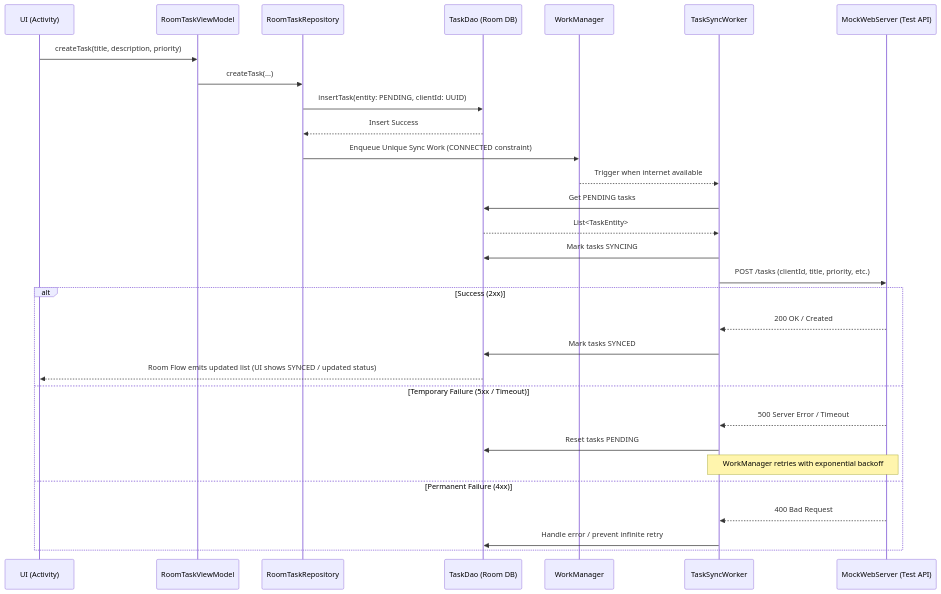
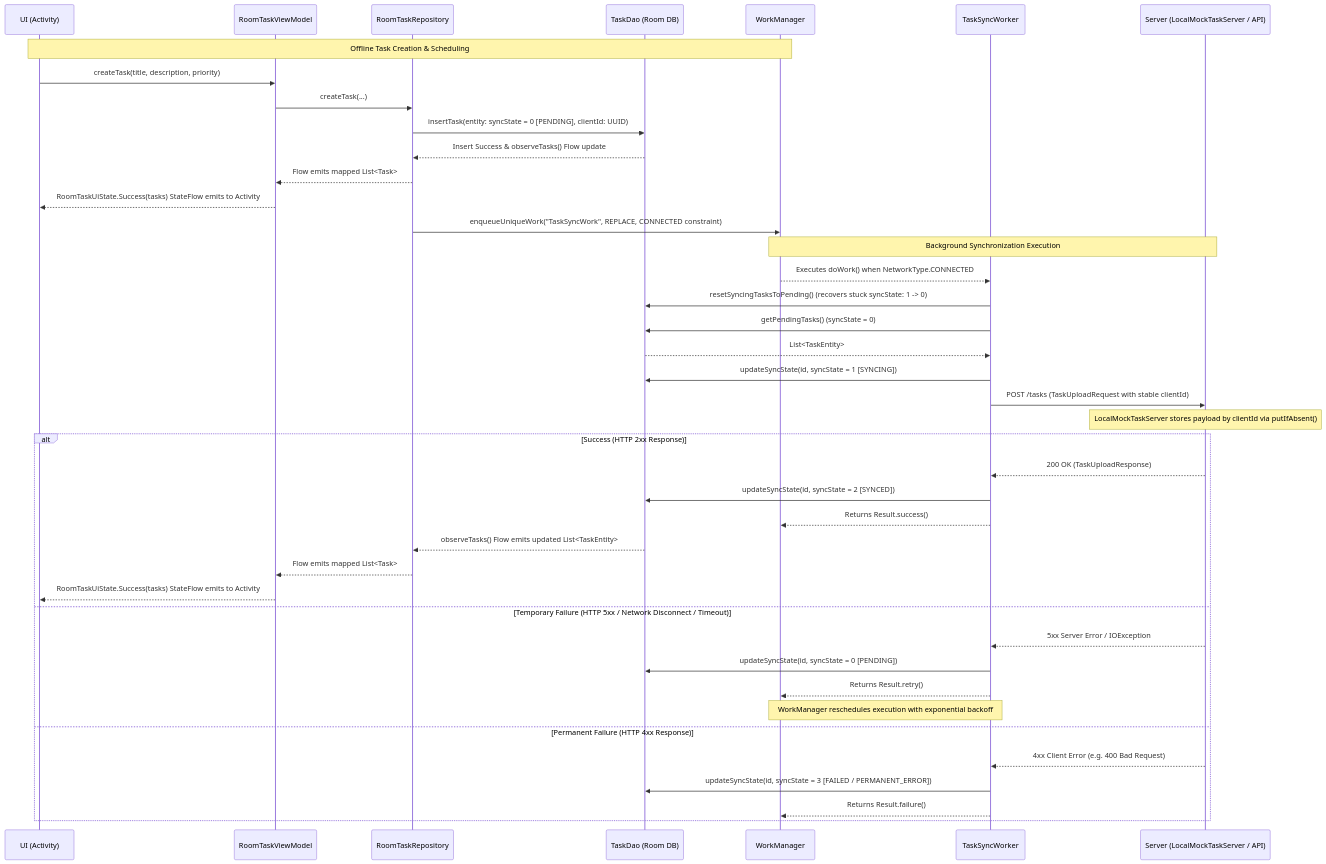
Before and after one commit to nazeefc/employee-task-manager: the diagram in docs/diagrams/offline-sync.mmd, drawn with Mermaid. The commit also changed 6 other files, not shown here.

```diff
--- a/docs/diagrams/offline-sync.mmd
+++ b/docs/diagrams/offline-sync.mmd
@@ -1,31 +1,44 @@
 sequenceDiagram
     participant UI as UI (Activity)
     participant VM as RoomTaskViewModel
     participant Repo as RoomTaskRepository
     participant DAO as TaskDao (Room DB)
     participant WM as WorkManager
     participant Worker as TaskSyncWorker
-    participant Server as MockWebServer (Test API)
+    participant Server as Server (LocalMockTaskServer / API)
 
+    Note over UI,WM: Offline Task Creation & Scheduling
     UI->>VM: createTask(title, description, priority)
     VM->>Repo: createTask(...)
-    Repo->>DAO: insertTask(entity: PENDING, clientId: UUID)
-    DAO-->>Repo: Insert Success
-    Repo->>WM: Enqueue Unique Sync Work (CONNECTED constraint)
-    WM-->>Worker: Trigger when internet available
-    Worker->>DAO: Get PENDING tasks
+    Repo->>DAO: insertTask(entity: syncState = 0 [PENDING], clientId: UUID)
+    DAO-->>Repo: Insert Success & observeTasks() Flow update
+    Repo-->>VM: Flow emits mapped List<Task>
+    VM-->>UI: RoomTaskUiState.Success(tasks) StateFlow emits to Activity
+    Repo->>WM: enqueueUniqueWork("TaskSyncWork", REPLACE, CONNECTED constraint)
+
+    Note over WM,Server: Background Synchronization Execution
+    WM-->>Worker: Executes doWork() when NetworkType.CONNECTED
+    Worker->>DAO: resetSyncingTasksToPending() (recovers stuck syncState: 1 -> 0)
+    Worker->>DAO: getPendingTasks() (syncState = 0)
     DAO-->>Worker: List<TaskEntity>
-    Worker->>DAO: Mark tasks SYNCING
-    Worker->>Server: POST /tasks (clientId, title, priority, etc.)
-    alt Success (2xx)
-        Server-->>Worker: 200 OK / Created
-        Worker->>DAO: Mark tasks SYNCED
-        DAO-->>UI: Room Flow emits updated list (UI shows SYNCED / updated status)
-    else Temporary Failure (5xx / Timeout)
-        Server-->>Worker: 500 Server Error / Timeout
-        Worker->>DAO: Reset tasks PENDING
-        Note over Worker,Server: WorkManager retries with exponential backoff
-    else Permanent Failure (4xx)
-        Server-->>Worker: 400 Bad Request
-        Worker->>DAO: Handle error / prevent infinite retry
+    Worker->>DAO: updateSyncState(id, syncState = 1 [SYNCING])
+    Worker->>Server: POST /tasks (TaskUploadRequest with stable clientId)
+    Note over Server: LocalMockTaskServer stores payload by clientId via putIfAbsent()
+
+    alt Success (HTTP 2xx Response)
+        Server-->>Worker: 200 OK (TaskUploadResponse)
+        Worker->>DAO: updateSyncState(id, syncState = 2 [SYNCED])
+        Worker-->>WM: Returns Result.success()
+        DAO-->>Repo: observeTasks() Flow emits updated List<TaskEntity>
+        Repo-->>VM: Flow emits mapped List<Task>
+        VM-->>UI: RoomTaskUiState.Success(tasks) StateFlow emits to Activity
+    else Temporary Failure (HTTP 5xx / Network Disconnect / Timeout)
+        Server-->>Worker: 5xx Server Error / IOException
+        Worker->>DAO: updateSyncState(id, syncState = 0 [PENDING])
+        Worker-->>WM: Returns Result.retry()
+        Note over Worker,WM: WorkManager reschedules execution with exponential backoff
+    else Permanent Failure (HTTP 4xx Response)
+        Server-->>Worker: 4xx Client Error (e.g. 400 Bad Request)
+        Worker->>DAO: updateSyncState(id, syncState = 3 [FAILED / PERMANENT_ERROR])
+        Worker-->>WM: Returns Result.failure()
     end
```
